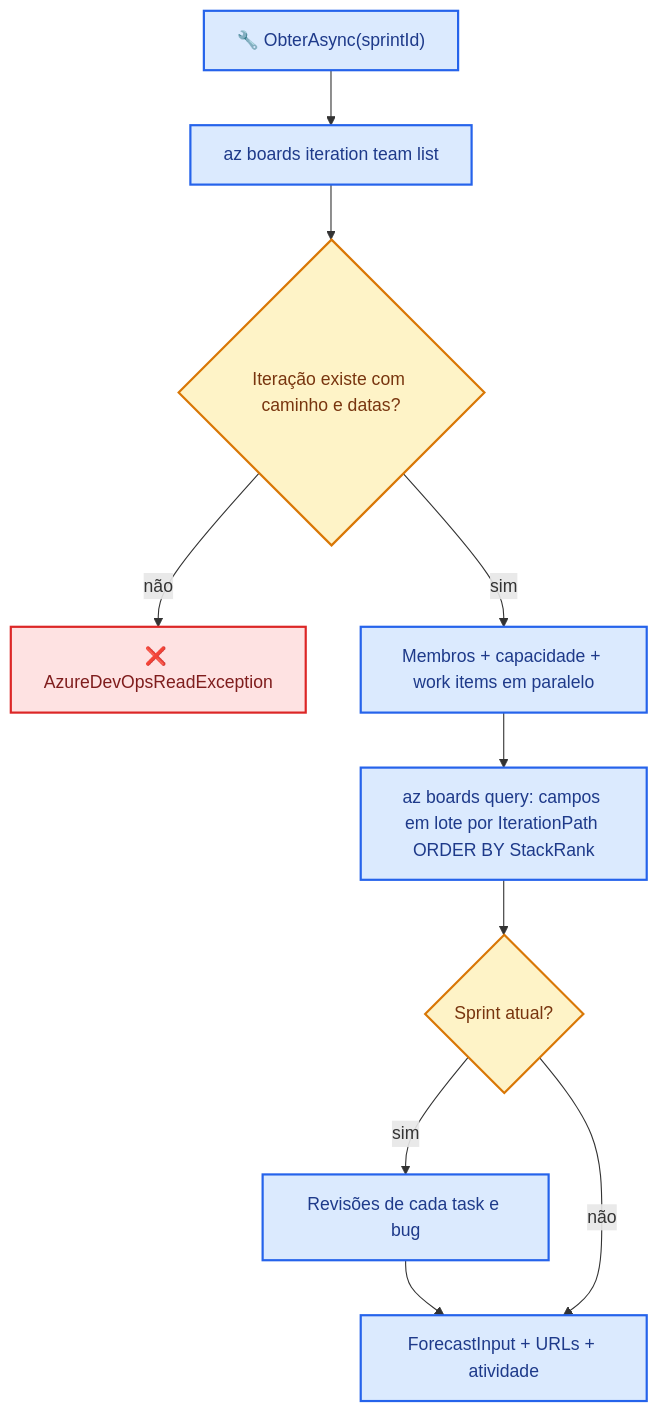
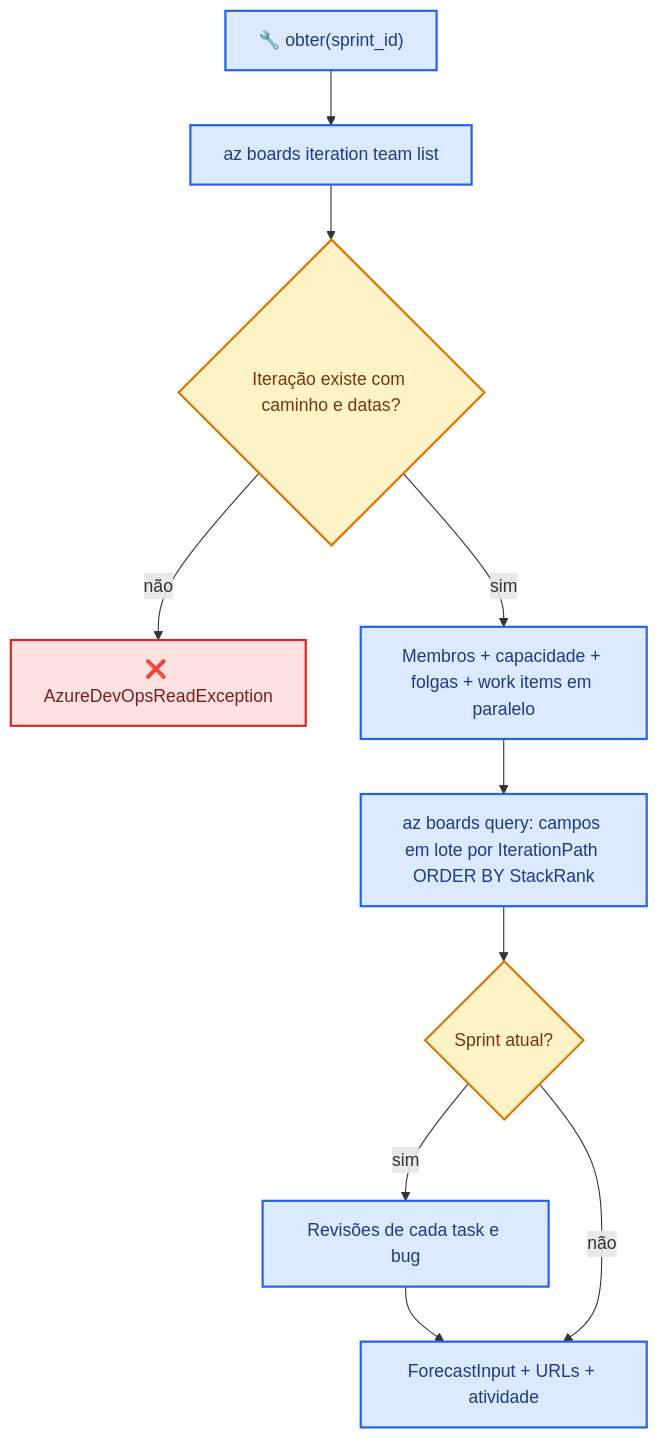
One commit to alepspizzetti/SprintFlow changed the fourth of 7 diagrams in .docs/ARQUITETURA.md. Above: the diagram before and after it, drawn with Mermaid. The commit also changed other lines of this file and 54 other files, not shown here.

````diff
--- a/.docs/ARQUITETURA.md
+++ b/.docs/ARQUITETURA.md
@@ -183,24 +184,24 @@
 ```mermaid
 flowchart TD
   classDef processo fill:#DBEAFE,stroke:#2563EB,color:#1E3A8A,stroke-width:2px
   classDef decisao fill:#FEF3C7,stroke:#D97706,color:#78350F,stroke-width:2px
   classDef erro fill:#FEE2E2,stroke:#DC2626,color:#7F1D1D,stroke-width:2px
   classDef home fill:#DBEAFE,stroke:#2563EB,color:#1E3A8A,stroke-width:2px
 
-  inicio["🔧 ObterAsync(sprintId)"]:::home
+  inicio["🔧 obter(sprint_id)"]:::home
   iter["az boards iteration team list"]:::processo
   achou{"Iteração existe com caminho e datas?"}:::decisao
   falha["❌ AzureDevOpsReadException"]:::erro
-  paralelo["Membros + capacidade + work items em paralelo"]:::processo
+  paralelo["Membros + capacidade + folgas + work items em paralelo"]:::processo
   wiql["az boards query: campos em lote por IterationPath ORDER BY StackRank"]:::processo
   atual{"Sprint atual?"}:::decisao
   rev["Revisões de cada task e bug"]:::processo
   monta["ForecastInput + URLs + atividade"]:::home
 
   inicio --> iter --> achou
   achou -->|não| falha
   achou -->|sim| paralelo
   paralelo --> wiql --> atual
   atual -->|sim| rev --> monta
   atual -->|não| monta
 ```
````
